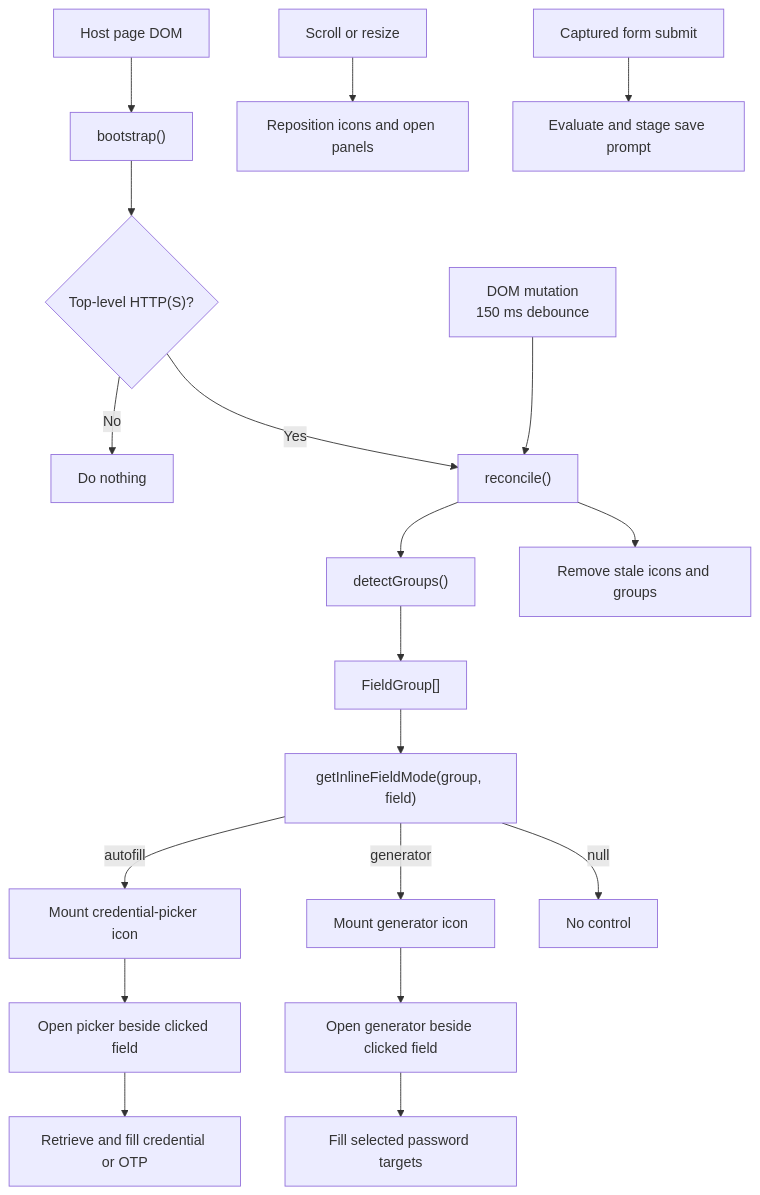
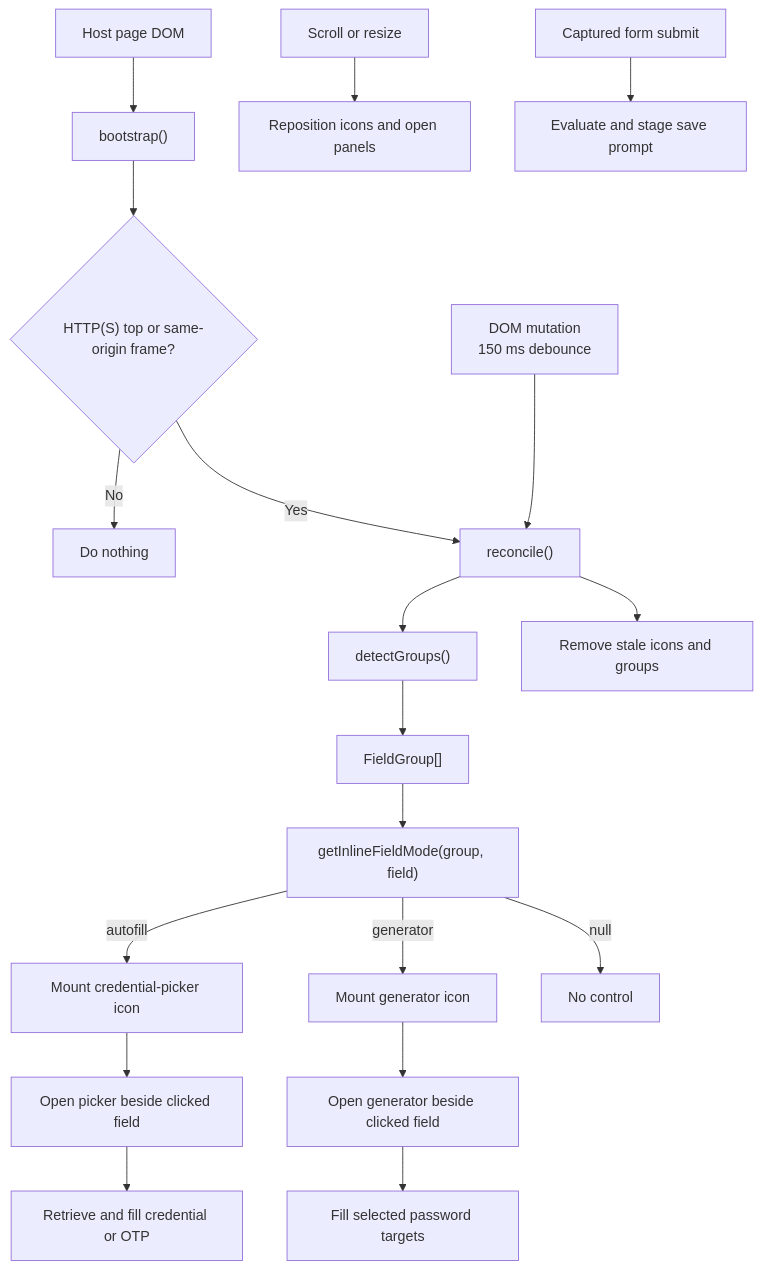
Before and after one commit to CryptexIndustries/vault-web: the first of 5 diagrams in extension/docs/platform/content-scripts.md, drawn with Mermaid. The commit also changed other lines of this file and 17 other files, not shown here.

Commit message:
fix(ext): autofill sign-in forms inside same-origin iframes

````diff
--- a/extension/docs/platform/content-scripts.md
+++ b/extension/docs/platform/content-scripts.md
@@ -34,25 +37,25 @@
 ```mermaid
 flowchart TD
     Page["Host page DOM"] --> Bootstrap["bootstrap()"]
-    Bootstrap --> Gate{"Top-level HTTP(S)?"}
+    Bootstrap --> Gate{"HTTP(S) top or same-origin frame?"}
     Gate -- No --> Stop["Do nothing"]
     Gate -- Yes --> Reconcile["reconcile()"]
 
     Mutation["DOM mutation<br/>150 ms debounce"] --> Reconcile
     Scroll["Scroll or resize"] --> Reposition["Reposition icons and open panels"]
 
     Reconcile --> Detect["detectGroups()"]
     Detect --> Groups["FieldGroup[]"]
     Groups --> Mode["getInlineFieldMode(group, field)"]
     Mode -- autofill --> Picker["Mount credential-picker icon"]
     Mode -- generator --> Generator["Mount generator icon"]
     Mode -- null --> None["No control"]
     Reconcile --> Cleanup["Remove stale icons and groups"]
 
     Picker --> PickerClick["Open picker beside clicked field"]
     PickerClick --> Fill["Retrieve and fill credential or OTP"]
     Generator --> GeneratorClick["Open generator beside clicked field"]
     GeneratorClick --> FillNew["Fill selected password targets"]
 
     Submit["Captured form submit"] --> Save["Evaluate and stage save prompt"]
 ```
````
